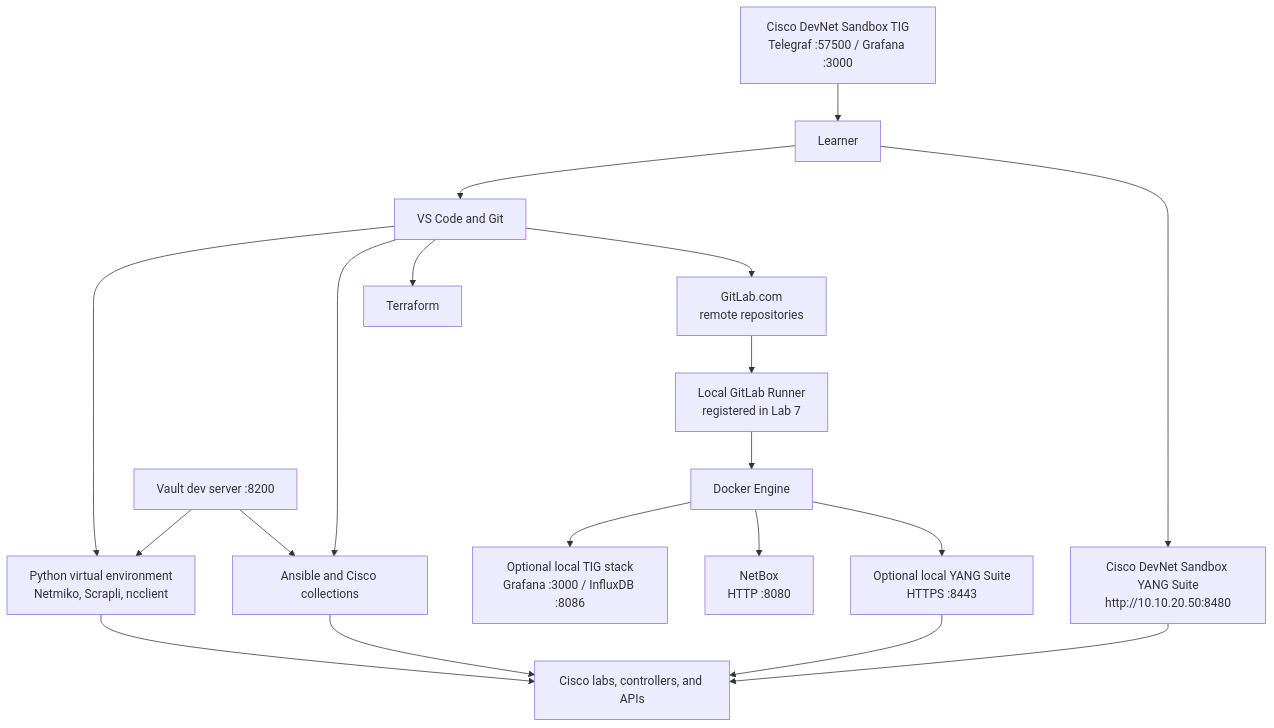
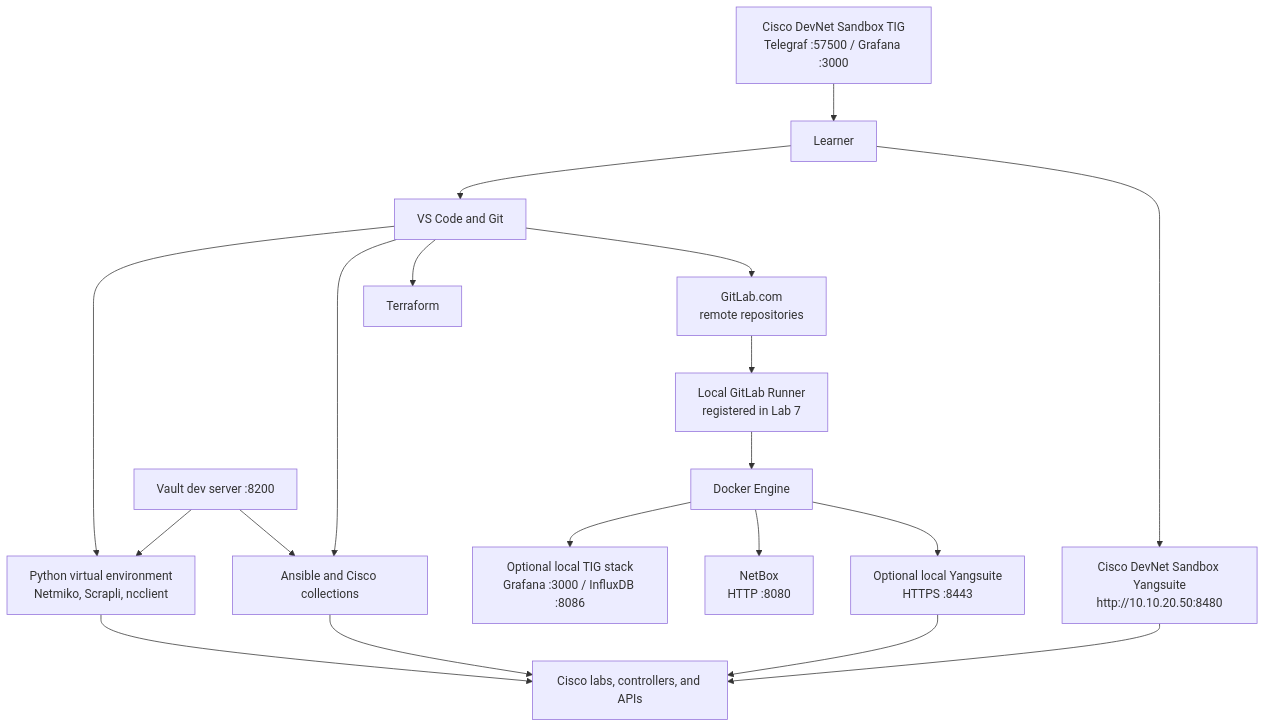
One commit to tanthanh85/CCNPAUTO changed the diagram in LAB/Lab1/Lab1.md. Above: the diagram before and after it, drawn with Mermaid. The commit also changed 60 other files, not shown here.

````diff
--- a/LAB/Lab1/Lab1.md
+++ b/LAB/Lab1/Lab1.md
@@ -46,22 +46,22 @@
 ```mermaid
 flowchart TB
     Learner["Learner"] --> VSCode["VS Code and Git"]
     VSCode --> Python["Python virtual environment<br/>Netmiko, Scrapli, ncclient"]
     VSCode --> Ansible["Ansible and Cisco collections"]
     VSCode --> IaC["Terraform"]
     VSCode --> GitLab["GitLab.com<br/>remote repositories"]
     GitLab --> Runner["Local GitLab Runner<br/>registered in Lab 7"]
 
     Docker["Docker Engine"] --> TIG["Optional local TIG stack<br/>Grafana :3000 / InfluxDB :8086"]
     Docker --> NetBox["NetBox<br/>HTTP :8080"]
-    Docker --> LocalYANG["Optional local YANG Suite<br/>HTTPS :8443"]
+    Docker --> LocalYANG["Optional local Yangsuite<br/>HTTPS :8443"]
     Runner --> Docker
     Python --> Devices["Cisco labs, controllers, and APIs"]
     Ansible --> Devices
-    SandboxYANG["Cisco DevNet Sandbox YANG Suite<br/>http://10.10.20.50:8480"] --> Devices
+    SandboxYANG["Cisco DevNet Sandbox Yangsuite<br/>http://10.10.20.50:8480"] --> Devices
     Learner --> SandboxYANG
     LocalYANG --> Devices
     SandboxTIG["Cisco DevNet Sandbox TIG<br/>Telegraf :57500 / Grafana :3000"] --> Learner
     Vault["Vault dev server :8200"] --> Python
     Vault --> Ansible
 ```
````
